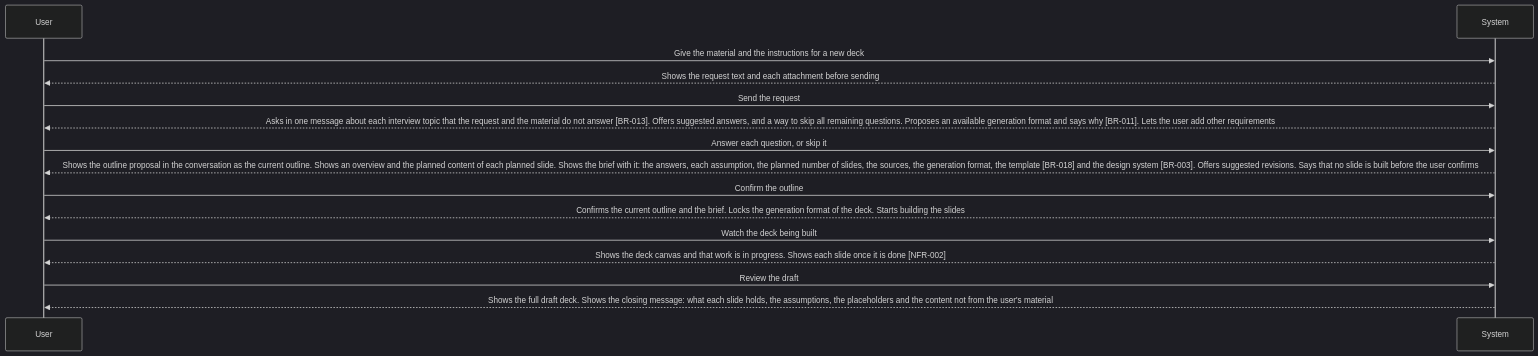
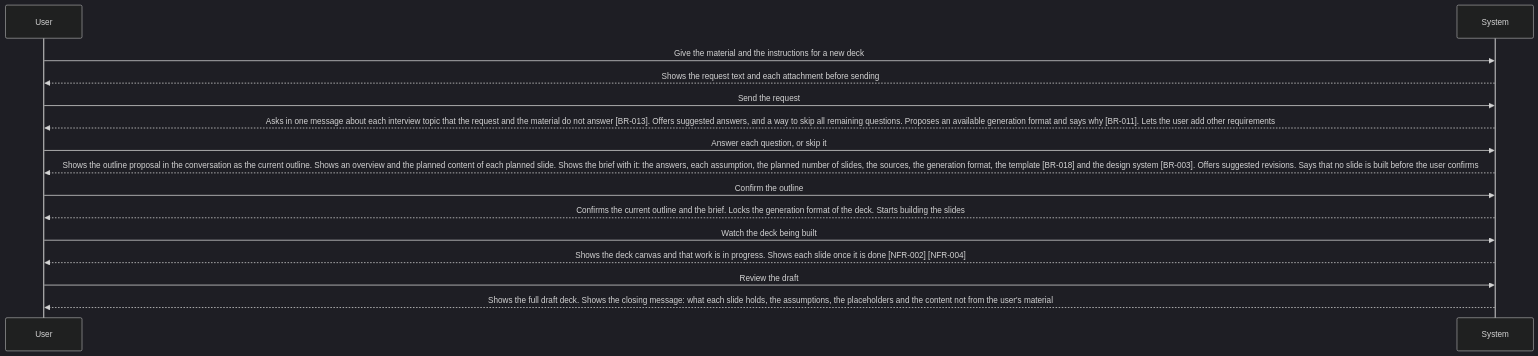
The diagram in dev/spec/02-use-cases/UC-001.md (Luke23127006/DeckAgent), drawn with Mermaid (dark theme) before and after one commit. The commit also changed other lines of this file and 15 other files, not shown here.

````diff
--- a/dev/spec/02-use-cases/UC-001.md
+++ b/dev/spec/02-use-cases/UC-001.md
@@ -16,17 +16,17 @@
 ```mermaid
 sequenceDiagram
   participant U as User
   participant S as System
   U->>S: Give the material and the instructions for a new deck
   S-->>U: Shows the request text and each attachment before sending
   U->>S: Send the request
   S-->>U: Asks in one message about each interview topic that the request and the material do not answer [BR-013]. Offers suggested answers, and a way to skip all remaining questions. Proposes an available generation format and says why [BR-011]. Lets the user add other requirements
   U->>S: Answer each question, or skip it
   S-->>U: Shows the outline proposal in the conversation as the current outline. Shows an overview and the planned content of each planned slide. Shows the brief with it: the answers, each assumption, the planned number of slides, the sources, the generation format, the template [BR-018] and the design system [BR-003]. Offers suggested revisions. Says that no slide is built before the user confirms
   U->>S: Confirm the outline
   S-->>U: Confirms the current outline and the brief. Locks the generation format of the deck. Starts building the slides
   U->>S: Watch the deck being built
-  S-->>U: Shows the deck canvas and that work is in progress. Shows each slide once it is done [NFR-002]
+  S-->>U: Shows the deck canvas and that work is in progress. Shows each slide once it is done [NFR-002] [NFR-004]
   U->>S: Review the draft
   S-->>U: Shows the full draft deck. Shows the closing message: what each slide holds, the assumptions, the placeholders and the content not from the user's material
 ```
````
